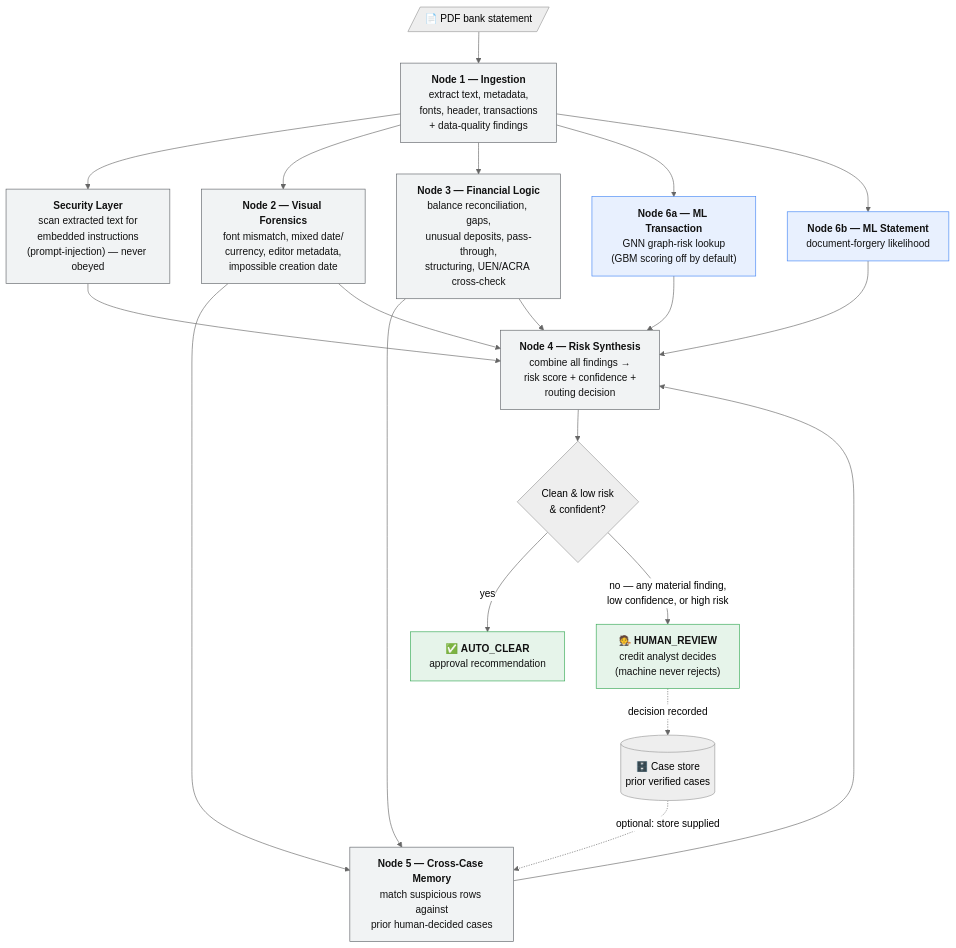
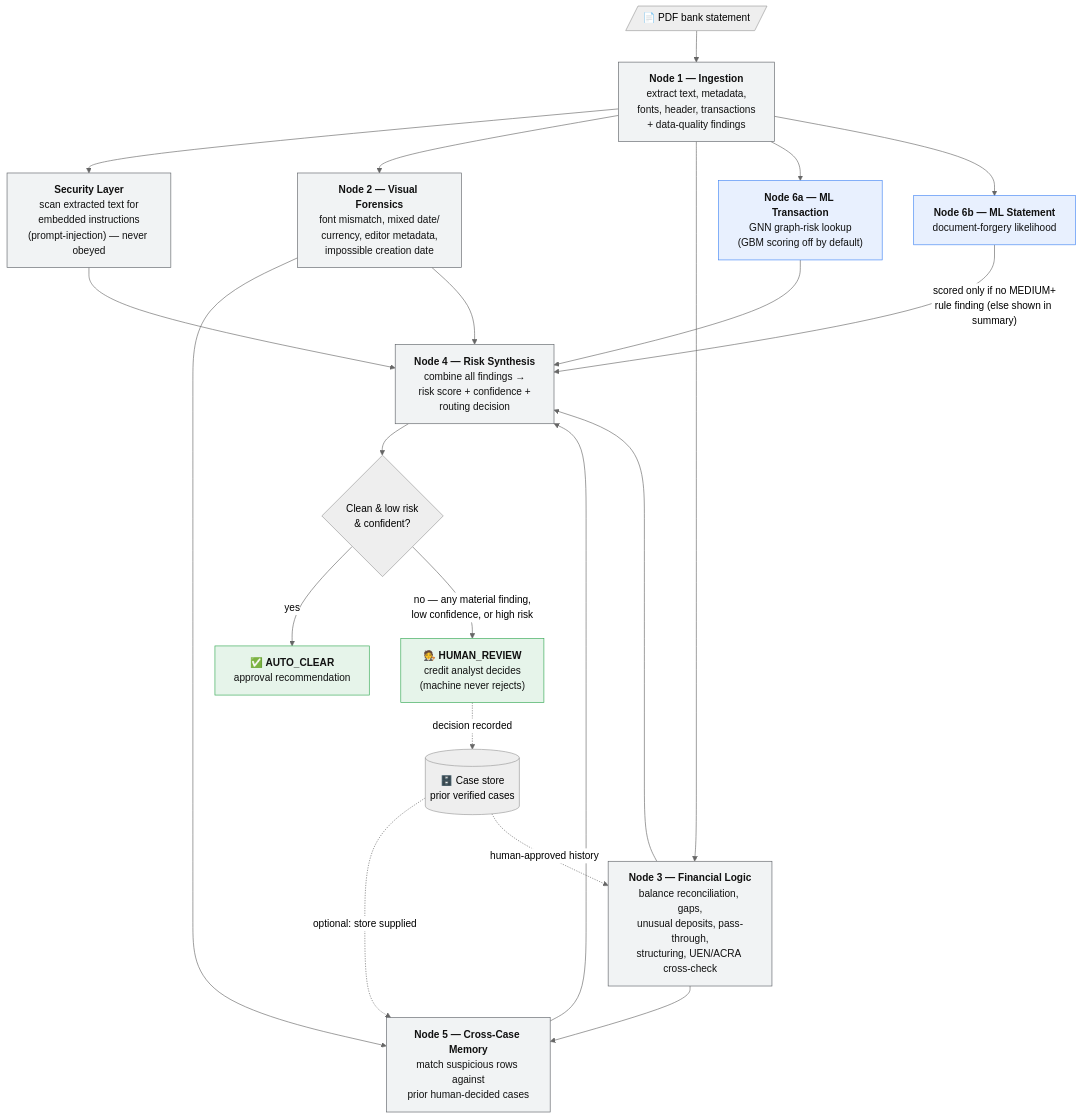
Before and after one commit to elline-c/AI-in-finance-: the diagram in WORKFLOW.md, drawn with Mermaid (neutral theme). The commit also changed other lines of this file and 1 other file, not shown here.

First line of the commit message:
Stop Node 6b double-counting rule findings; document node wiring

````diff
--- a/WORKFLOW.md
+++ b/WORKFLOW.md
@@ -10,45 +10,46 @@
 ```mermaid
 flowchart TD
     PDF[/"📄 PDF bank statement"/] --> N1
 
     N1["<b>Node 1 — Ingestion</b><br/>extract text, metadata,<br/>fonts, header, transactions<br/>+ data-quality findings"]
 
     N1 --> SEC["<b>Security Layer</b><br/>scan extracted text for<br/>embedded instructions<br/>(prompt-injection) — never obeyed"]
 
     %% Independent detection agents all consume the ingestion result
     N1 --> N2["<b>Node 2 — Visual Forensics</b><br/>font mismatch, mixed date/<br/>currency, editor metadata,<br/>impossible creation date"]
     N1 --> N3["<b>Node 3 — Financial Logic</b><br/>balance reconciliation, gaps,<br/>unusual deposits, pass-through,<br/>structuring, UEN/ACRA cross-check"]
 
     %% ML agents: loaded at startup; 6a's transaction scoring is off by default
     N1 --> N6A["<b>Node 6a — ML Transaction</b><br/>GNN graph-risk lookup<br/>(GBM scoring off by default)"]
     N1 --> N6B["<b>Node 6b — ML Statement</b><br/>document-forgery likelihood"]
 
     %% Node 5 memory depends on prior case store + this run's suspicious rows
     N2 --> N5
     N3 --> N5
     STORE[("🗄️ Case store<br/>prior verified cases")] -.optional: store supplied.-> N5["<b>Node 5 — Cross-Case Memory</b><br/>match suspicious rows against<br/>prior human-decided cases"]
+    STORE -.human-approved history.-> N3
 
     %% Everyone's findings flow into synthesis
     SEC --> N4
     N2 --> N4
     N3 --> N4
     N6A --> N4
-    N6B --> N4
+    N6B -->|"scored only if no MEDIUM+<br/>rule finding (else shown in summary)"| N4
     N5 --> N4
 
     N4["<b>Node 4 — Risk Synthesis</b><br/>combine all findings →<br/>risk score + confidence +<br/>routing decision"]
 
     N4 --> DECISION{"Clean & low risk<br/>& confident?"}
     DECISION -->|yes| AUTO["✅ <b>AUTO_CLEAR</b><br/>approval recommendation"]
     DECISION -->|"no — any material finding,<br/>low confidence, or high risk"| HUMAN["🧑‍⚖️ <b>HUMAN_REVIEW</b><br/>credit analyst decides<br/>(machine never rejects)"]
 
     %% Human decision feeds back into the memory store
     HUMAN -.decision recorded.-> STORE
 
     classDef ml fill:#e8f0fe,stroke:#4285f4,color:#111;
     classDef core fill:#f1f3f4,stroke:#5f6368,color:#111;
     classDef outcome fill:#e6f4ea,stroke:#34a853,color:#111;
     class N6A,N6B ml;
     class N1,N2,N3,N4,N5,SEC core;
     class AUTO,HUMAN outcome;
 ```
````
